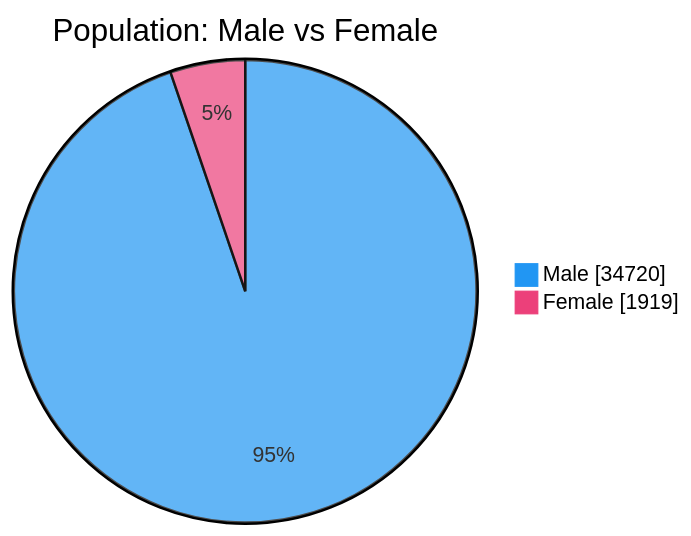
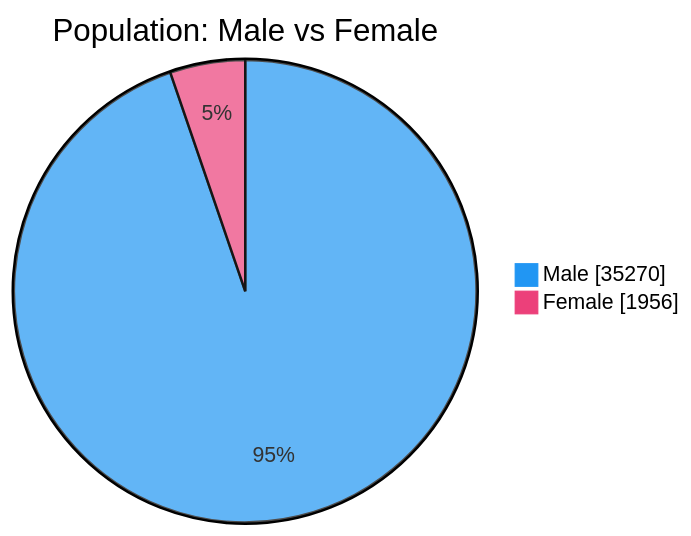
The second of 7 diagrams in README.md (nuuuwan/lk_prisons), drawn with Mermaid before and after one commit. The commit also changed other lines of this file and 1 other file, not shown here.

````diff
--- a/README.md
+++ b/README.md
@@ -54,6 +54,6 @@
 ```mermaid
 %%{init: {'themeVariables': {'pie1': '#2196F3', 'pie2': '#EC407A'}}}%%
 pie showData title Population: Male vs Female
-    "Male" : 34720
-    "Female" : 1919
+    "Male" : 35270
+    "Female" : 1956
 ```
````
